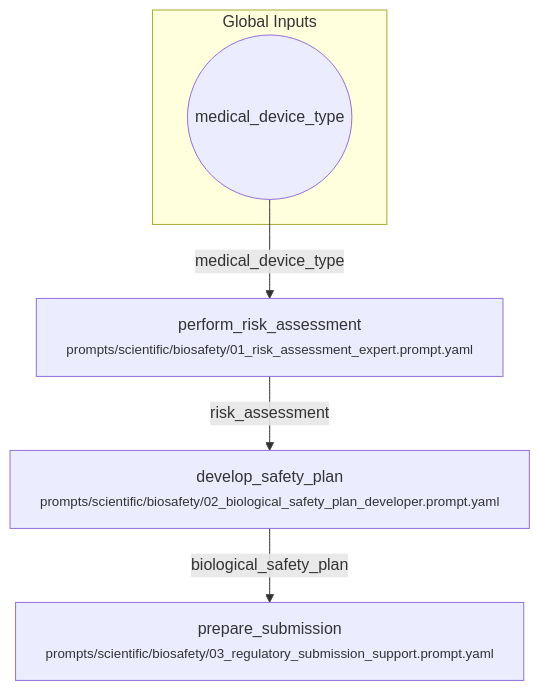
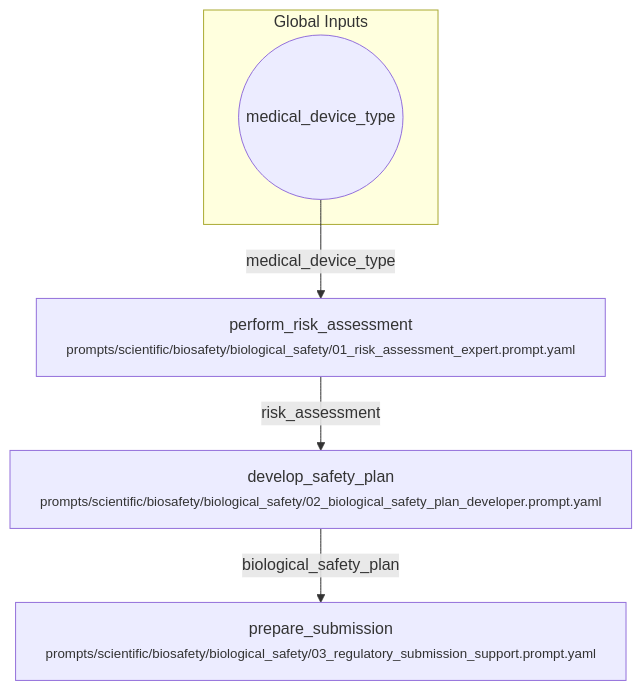
The diagram in workflows/scientific/biological_safety.workflow.md (fderuiter/proompts), drawn with Mermaid before and after one commit. The commit also changed 31 other files, not shown here.

````diff
--- a/workflows/scientific/biological_safety.workflow.md
+++ b/workflows/scientific/biological_safety.workflow.md
@@ -7,12 +7,12 @@
 ```mermaid
 flowchart TD
     subgraph Inputs [Global Inputs]
         inp_medical_device_type((medical_device_type))
     end
-    perform_risk_assessment["perform_risk_assessment<br/><small>prompts/scientific/biosafety/01_risk_assessment_expert.prompt.yaml</small>"]
-    develop_safety_plan["develop_safety_plan<br/><small>prompts/scientific/biosafety/02_biological_safety_plan_developer.prompt.yaml</small>"]
-    prepare_submission["prepare_submission<br/><small>prompts/scientific/biosafety/03_regulatory_submission_support.prompt.yaml</small>"]
+    perform_risk_assessment["perform_risk_assessment<br/><small>prompts/scientific/biosafety/biological_safety/01_risk_assessment_expert.prompt.yaml</small>"]
+    develop_safety_plan["develop_safety_plan<br/><small>prompts/scientific/biosafety/biological_safety/02_biological_safety_plan_developer.prompt.yaml</small>"]
+    prepare_submission["prepare_submission<br/><small>prompts/scientific/biosafety/biological_safety/03_regulatory_submission_support.prompt.yaml</small>"]
     inp_medical_device_type -->|medical_device_type| perform_risk_assessment
     perform_risk_assessment -->|risk_assessment| develop_safety_plan
     develop_safety_plan -->|biological_safety_plan| prepare_submission
 ```
````
